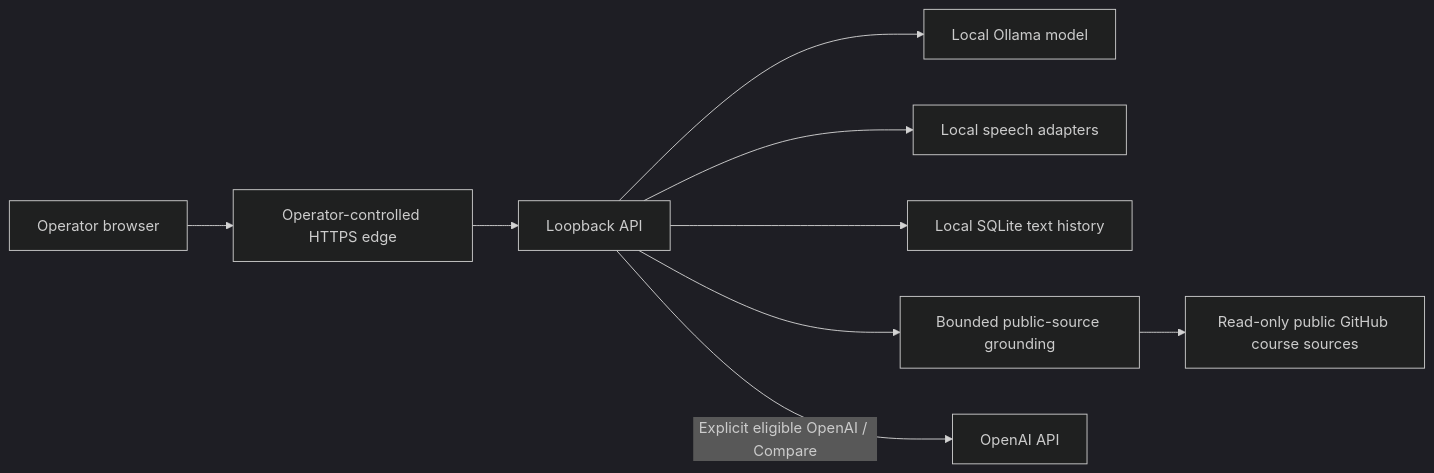
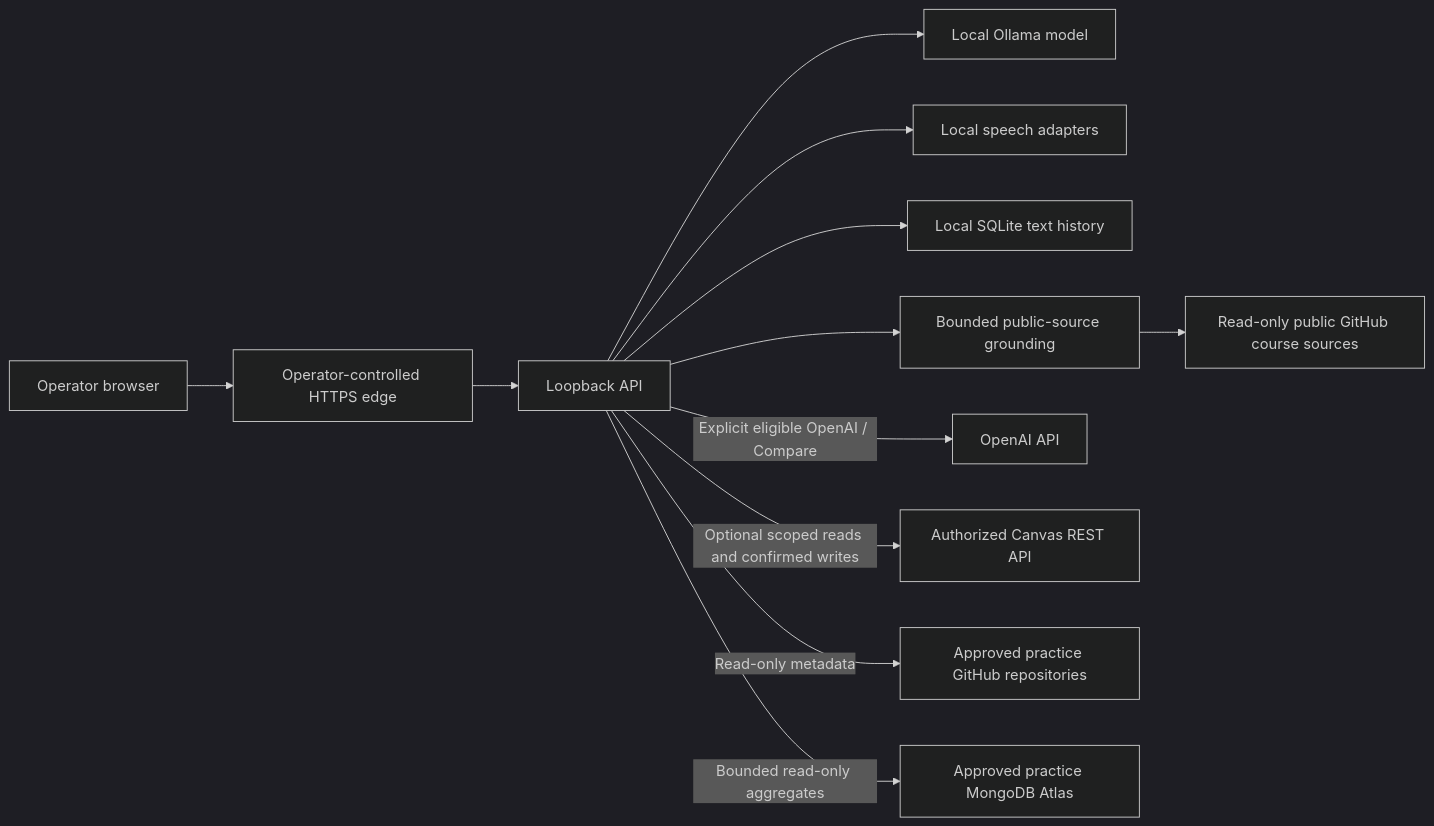
Before and after one commit to xbwei/local-ai-teaching-assistant: the diagram in docs/ARCHITECTURE.md, drawn with Mermaid (dark theme). The commit also changed other lines of this file, not shown here.

Commit message:
docs: document bounded Canvas REST and verifier data flows

````diff
--- a/docs/ARCHITECTURE.md
+++ b/docs/ARCHITECTURE.md
@@ -13,11 +15,14 @@
 ```mermaid
 flowchart LR
   Browser[Operator browser] --> Edge[Operator-controlled HTTPS edge]
   Edge --> API[Loopback API]
   API --> Local[Local Ollama model]
   API --> Speech[Local speech adapters]
   API --> Store[Local SQLite text history]
   API --> Grounding[Bounded public-source grounding]
   Grounding --> GitHub[Read-only public GitHub course sources]
   API -->|Explicit eligible OpenAI / Compare| OpenAI[OpenAI API]
+  API -->|Optional scoped reads and confirmed writes| CanvasREST[Authorized Canvas REST API]
+  API -->|Read-only metadata| PracticeGitHub[Approved practice GitHub repositories]
+  API -->|Bounded read-only aggregates| Atlas[Approved practice MongoDB Atlas]
 ```
````
